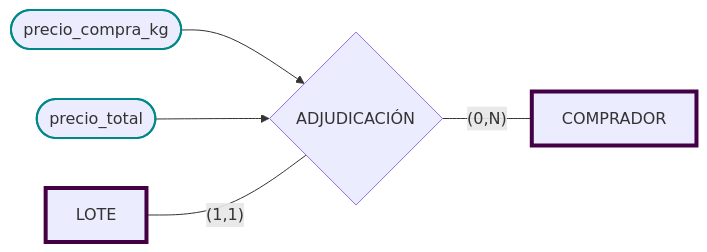
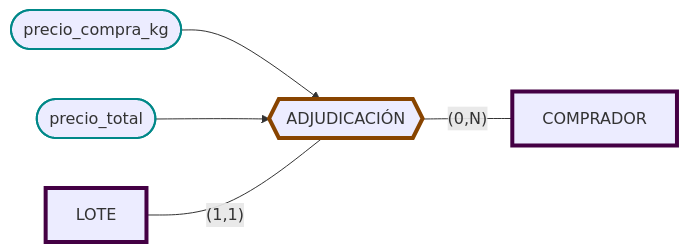
The eighth of 14 diagrams in DataBases/lonja_DB.md (JulTob/Data), drawn with Mermaid before and after one commit. The commit also changed other lines of this file, not shown here.

````diff
--- a/DataBases/lonja_DB.md
+++ b/DataBases/lonja_DB.md
@@ -331,20 +407,21 @@
 ```mermaid
 flowchart LR
   classDef atributo stroke:#088,stroke-width:2px;
   classDef derivado stroke-width:3px, stroke-dasharray:3 3;
   classDef pk stroke:#800,stroke-width:4px;
   classDef fk stroke:#080,stroke-width:4px;
   classDef entidad stroke:#404,stroke-width:4px;
   classDef pkfk stroke:#880,stroke-width:4px;
+  classDef relacion stroke:#840,stroke-width:4px;
 
   Lote[LOTE]:::entidad
   Comprador[COMPRADOR]:::entidad
-  Adjudicacion{ADJUDICACIÓN}:::relacion
+  Adjudicacion{{ADJUDICACIÓN}}:::relacion
 
   precio_kg([precio_compra_kg]):::atributo --> Adjudicacion
   precio_total([precio_total]):::atributo --> Adjudicacion
 
   Lote ---|"(1,1)"| Adjudicacion
   Adjudicacion ---|"(0,N)"| Comprador
 
 ```
````
